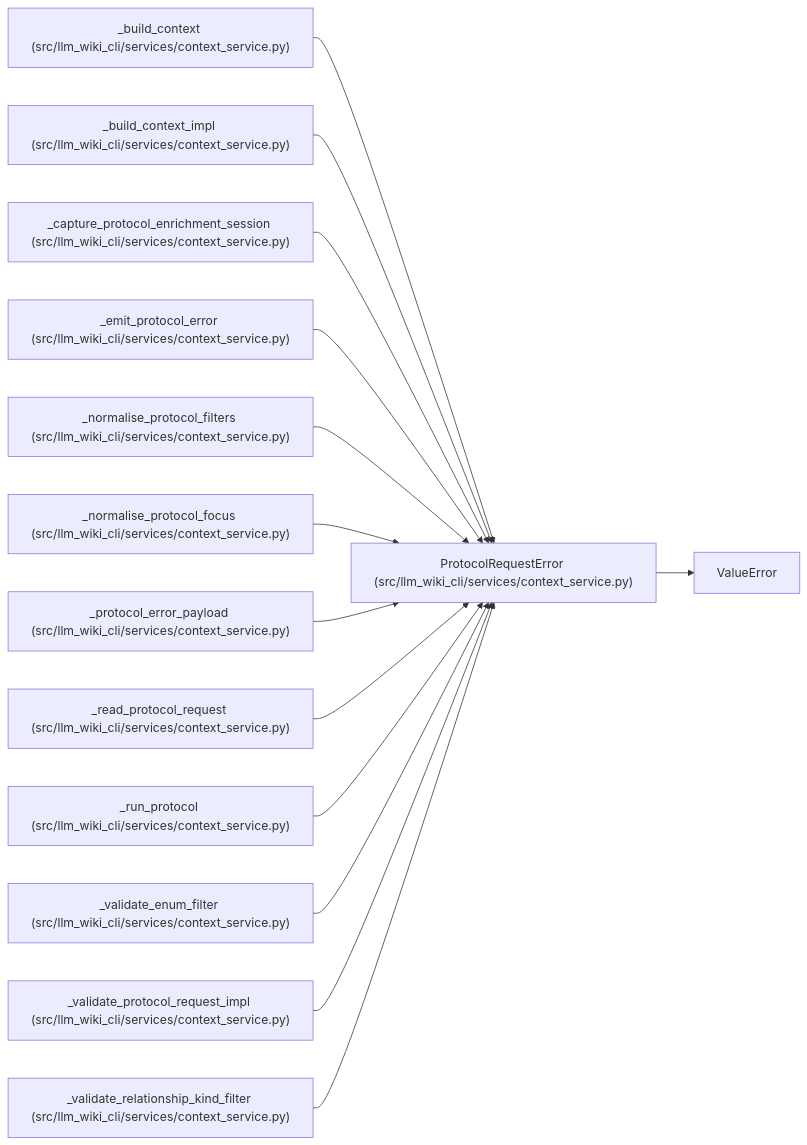
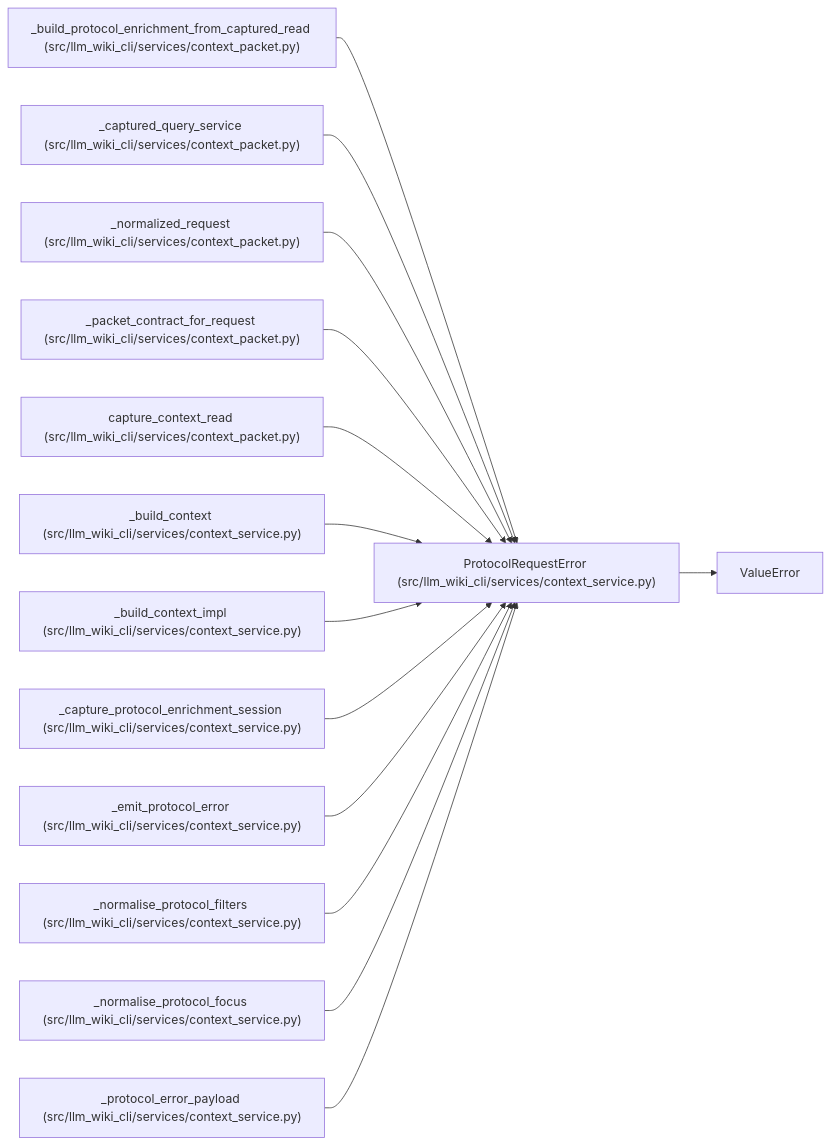
The diagram in docs/llm_wiki/entities/ProtocolRequestError.md (Denissvgn/python-wiki-llm), drawn with Mermaid before and after one commit. The commit also changed other lines of this file and 719 other files, not shown here.

````diff
--- a/docs/llm_wiki/entities/ProtocolRequestError.md
+++ b/docs/llm_wiki/entities/ProtocolRequestError.md
@@ -25,43 +25,43 @@
 ```mermaid
 flowchart LR
     n0["ProtocolRequestError (src/llm_wiki_cli/services/context_service.py)"]
     n1["ValueError"]
-    n2["_build_context (src/llm_wiki_cli/services/context_service.py)"]
-    n3["_build_context_impl (src/llm_wiki_cli/services/context_service.py)"]
-    n4["_capture_protocol_enrichment_session (src/llm_wiki_cli/services/context_service.py)"]
-    n5["_emit_protocol_error (src/llm_wiki_cli/services/context_service.py)"]
-    n6["_normalise_protocol_filters (src/llm_wiki_cli/services/context_service.py)"]
-    n7["_normalise_protocol_focus (src/llm_wiki_cli/services/context_service.py)"]
-    n8["_protocol_error_payload (src/llm_wiki_cli/services/context_service.py)"]
-    n9["_read_protocol_request (src/llm_wiki_cli/services/context_service.py)"]
-    n10["_run_protocol (src/llm_wiki_cli/services/context_service.py)"]
-    n11["_validate_enum_filter (src/llm_wiki_cli/services/context_service.py)"]
-    n12["_validate_protocol_request_impl (src/llm_wiki_cli/services/context_service.py)"]
-    n13["_validate_relationship_kind_filter (src/llm_wiki_cli/services/context_service.py)"]
+    n2["_build_protocol_enrichment_from_captured_read (src/llm_wiki_cli/services/context_packet.py)"]
+    n3["_captured_query_service (src/llm_wiki_cli/services/context_packet.py)"]
+    n4["_normalized_request (src/llm_wiki_cli/services/context_packet.py)"]
+    n5["_packet_contract_for_request (src/llm_wiki_cli/services/context_packet.py)"]
+    n6["capture_context_read (src/llm_wiki_cli/services/context_packet.py)"]
+    n7["_build_context (src/llm_wiki_cli/services/context_service.py)"]
+    n8["_build_context_impl (src/llm_wiki_cli/services/context_service.py)"]
+    n9["_capture_protocol_enrichment_session (src/llm_wiki_cli/services/context_service.py)"]
+    n10["_emit_protocol_error (src/llm_wiki_cli/services/context_service.py)"]
+    n11["_normalise_protocol_filters (src/llm_wiki_cli/services/context_service.py)"]
+    n12["_normalise_protocol_focus (src/llm_wiki_cli/services/context_service.py)"]
+    n13["_protocol_error_payload (src/llm_wiki_cli/services/context_service.py)"]
     n0 --> n1
     n2 --> n0
     n3 --> n0
     n4 --> n0
     n5 --> n0
     n6 --> n0
     n7 --> n0
     n8 --> n0
     n9 --> n0
     n10 --> n0
     n11 --> n0
     n12 --> n0
     n13 --> n0
     click n0 "../modules/context_service.md"
-    click n2 "../modules/context_service.md"
-    click n3 "../modules/context_service.md"
-    click n4 "../modules/context_service.md"
-    click n5 "../modules/context_service.md"
-    click n6 "../modules/context_service.md"
+    click n2 "../modules/context_packet.md"
+    click n3 "../modules/context_packet.md"
+    click n4 "../modules/context_packet.md"
+    click n5 "../modules/context_packet.md"
+    click n6 "../modules/context_packet.md"
     click n7 "../modules/context_service.md"
     click n8 "../modules/context_service.md"
     click n9 "../modules/context_service.md"
     click n10 "../modules/context_service.md"
     click n11 "../modules/context_service.md"
     click n12 "../modules/context_service.md"
     click n13 "../modules/context_service.md"
 ```
````
